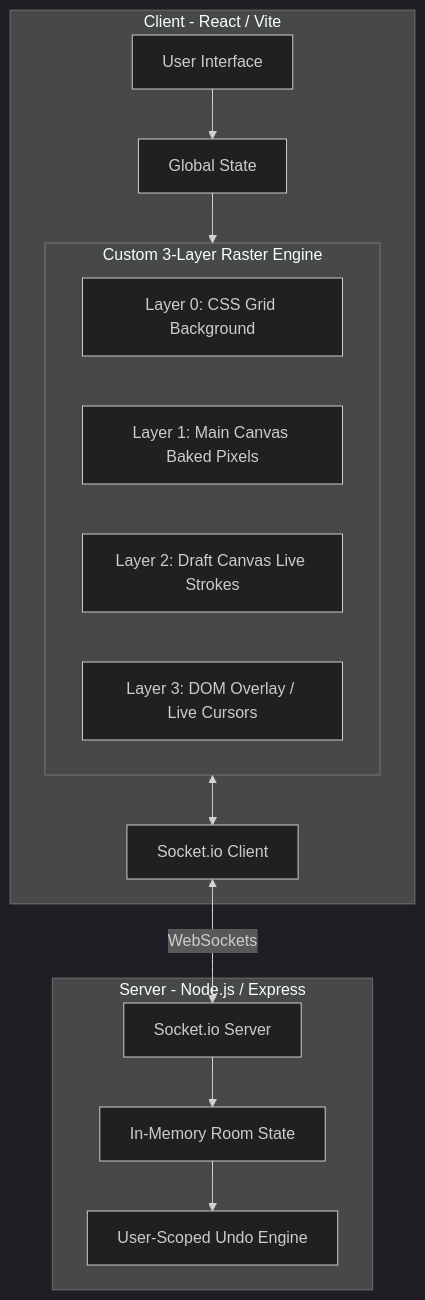
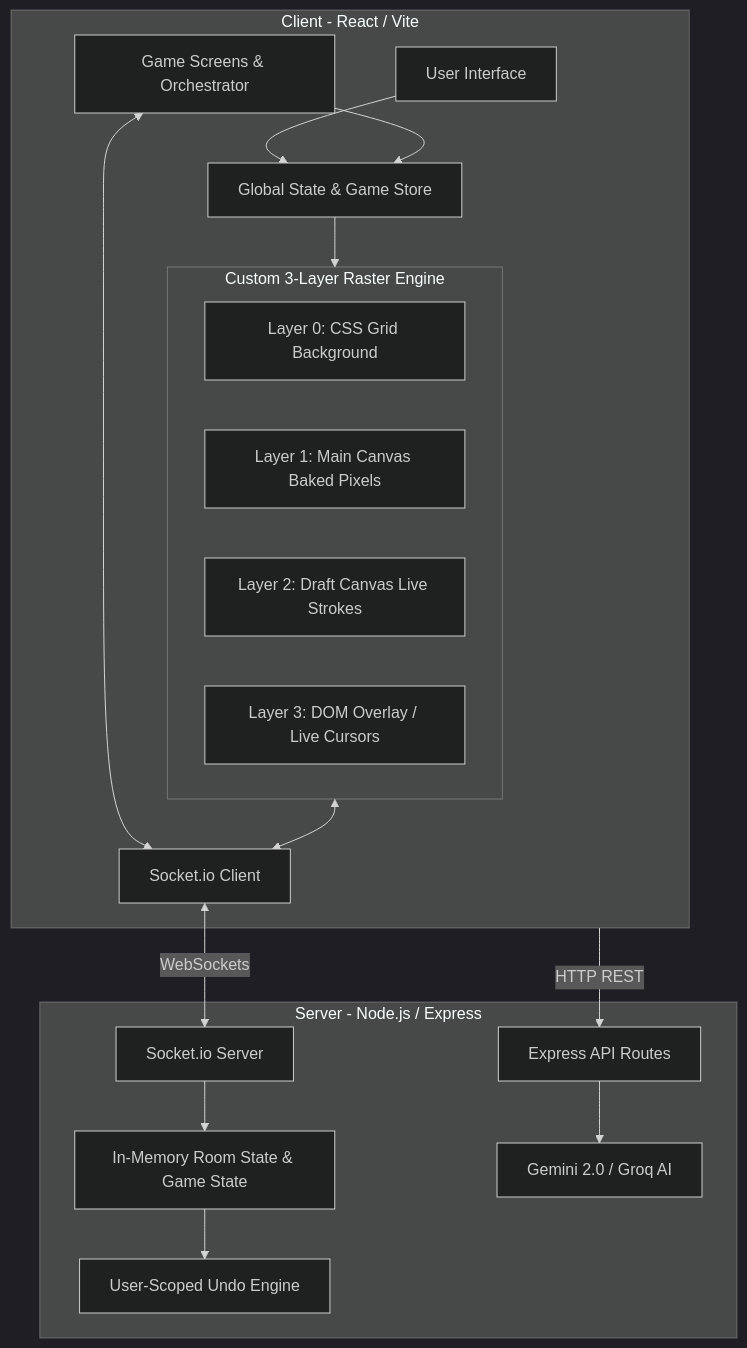
Before and after one commit to Gaurravvvv/Draw: the diagram in README.md, drawn with Mermaid (dark theme). The commit also changed 1 other file, not shown here.

````diff
--- a/README.md
+++ b/README.md
@@ -9,28 +9,35 @@
 ```mermaid
 graph TD
     subgraph Frontend [Client - React / Vite]
         UI[User Interface]
-        Zustand[Global State]
+        Zustand[Global State & Game Store]
         subgraph Engine [Custom 3-Layer Raster Engine]
             L0[Layer 0: CSS Grid Background]
             L1[Layer 1: Main Canvas Baked Pixels]
             L2[Layer 2: Draft Canvas Live Strokes]
             L3[Layer 3: DOM Overlay / Live Cursors]
         end
+        GameScreens[Game Screens & Orchestrator]
         UI --> Zustand
+        GameScreens --> Zustand
         Zustand --> Engine
         SocketClient[Socket.io Client]
         Engine <--> SocketClient
+        GameScreens <--> SocketClient
     end
 
     subgraph Backend [Server - Node.js / Express]
         SocketServer[Socket.io Server]
-        RoomState[In-Memory Room State]
+        RoomState[In-Memory Room State & Game State]
         UndoEngine[User-Scoped Undo Engine]
+        API[Express API Routes]
+        ExternalAI[Gemini 2.0 / Groq AI]
         
         SocketServer --> RoomState
         RoomState --> UndoEngine
+        API --> ExternalAI
     end
 
     SocketClient <-->|WebSockets| SocketServer
+    Frontend -->|HTTP REST| API
 ```
````
